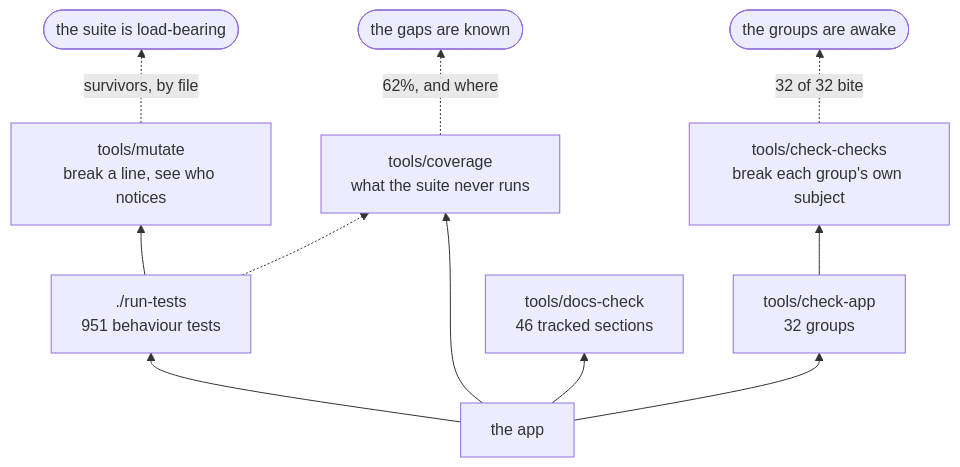
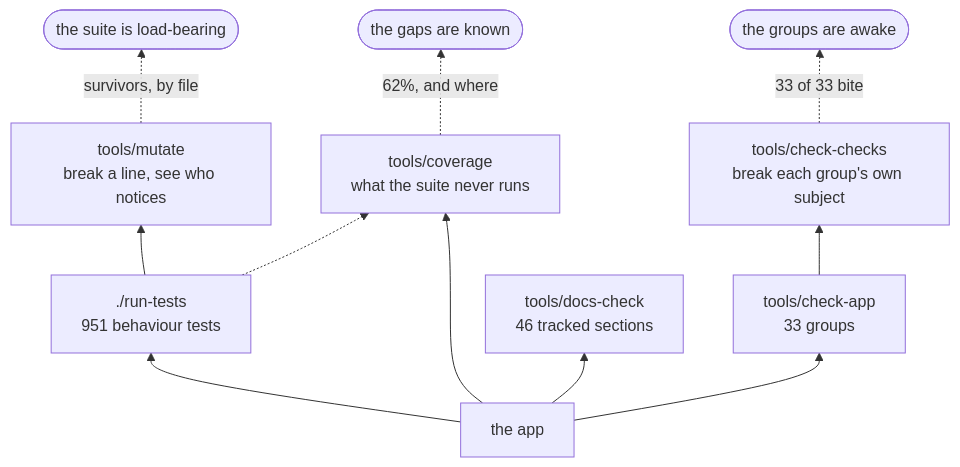
Before and after one commit to minormending/crystal-pilot-mobile: the second of 3 diagrams in docs/DEVELOPING.md, drawn with Mermaid. The commit also changed other lines of this file and 5 other files, not shown here.

````diff
--- a/docs/DEVELOPING.md
+++ b/docs/DEVELOPING.md
@@ -128,13 +128,13 @@
 ```mermaid
 flowchart BT
     C["the app"] --> T["./run-tests<br/>951 behaviour tests"]
-    C --> A["tools/check-app<br/>32 groups"]
+    C --> A["tools/check-app<br/>33 groups"]
     C --> D["tools/docs-check<br/>46 tracked sections"]
     C --> V["tools/coverage<br/>what the suite never runs"]
     T --> M["tools/mutate<br/>break a line, see who notices"]
     A --> K["tools/check-checks<br/>break each group's own subject"]
     T -.-> V
     M -.->|"survivors, by file"| R(["the suite is load-bearing"])
-    K -.->|"32 of 32 bite"| R2(["the groups are awake"])
+    K -.->|"33 of 33 bite"| R2(["the groups are awake"])
     V -.->|"62%, and where"| R3(["the gaps are known"])
 ```
````
